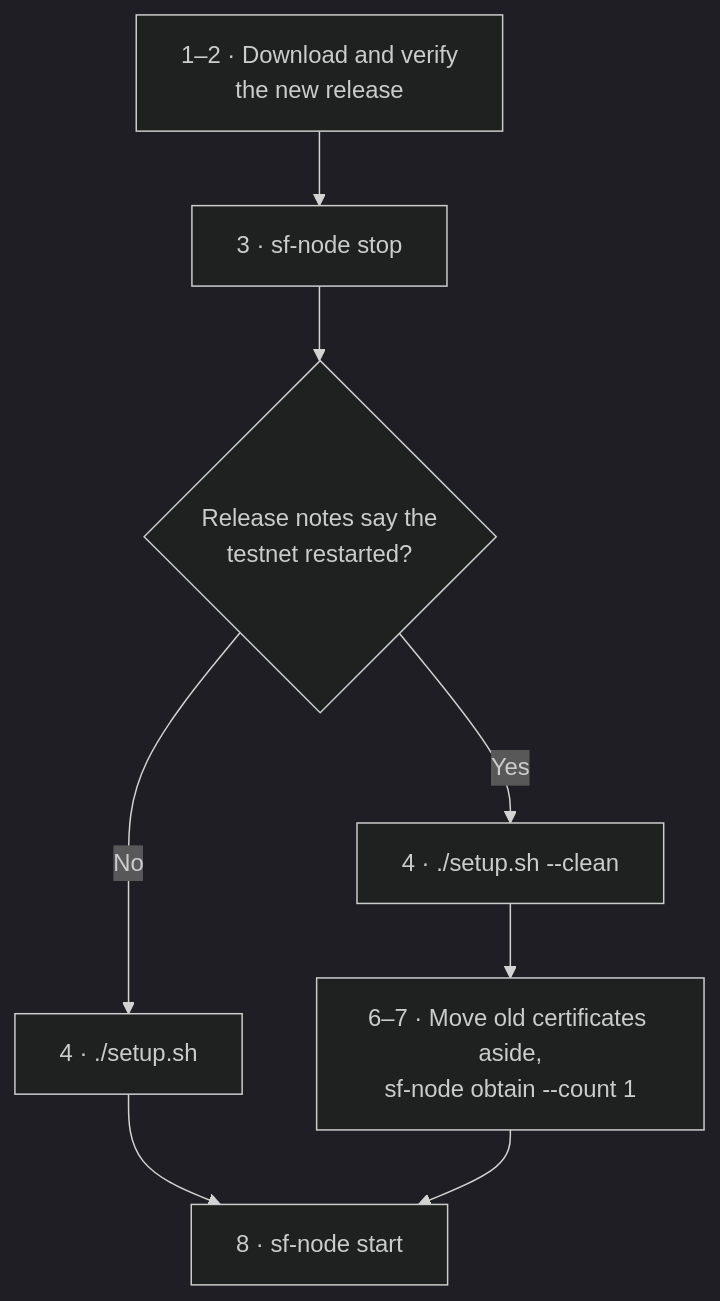
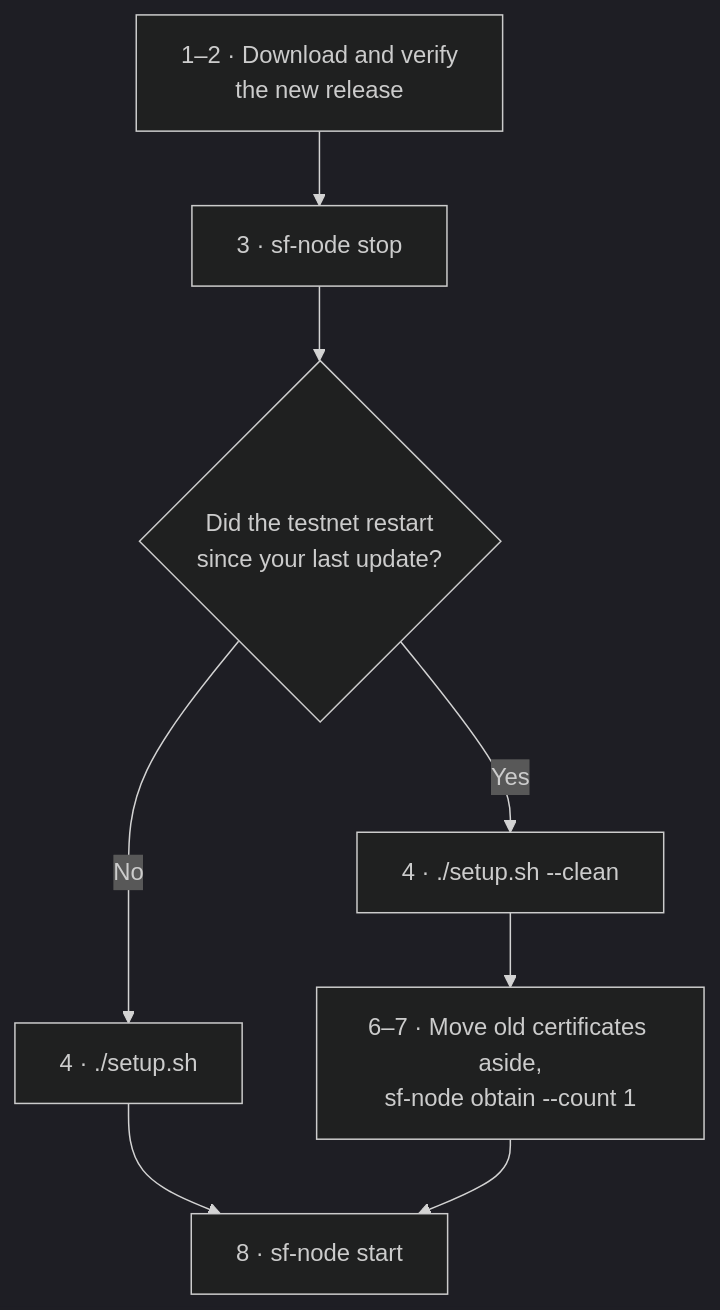
Before and after one commit to Seven-Fortunas/7fchain: the diagram in docs/update-your-miner.md, drawn with Mermaid (dark theme). The commit also changed other lines of this file and 16 other files, not shown here.

Commit message:
docs: release testnet-2026-10-22 (Linux, no testnet restart)

````diff
--- a/docs/update-your-miner.md
+++ b/docs/update-your-miner.md
@@ -9,10 +11,10 @@
 ```mermaid
 flowchart TD
     A["1–2 · Download and verify<br/>the new release"] --> B["3 · sf-node stop"]
-    B --> C{"Release notes say the<br/>testnet restarted?"}
+    B --> C{"Did the testnet restart<br/>since your last update?"}
     C -- "No" --> D["4 · ./setup.sh"]
     C -- "Yes" --> E["4 · ./setup.sh --clean"]
     E --> F["6–7 · Move old certificates aside,<br/>sf-node obtain --count 1"]
     D --> G["8 · sf-node start"]
     F --> G
 ```
````
